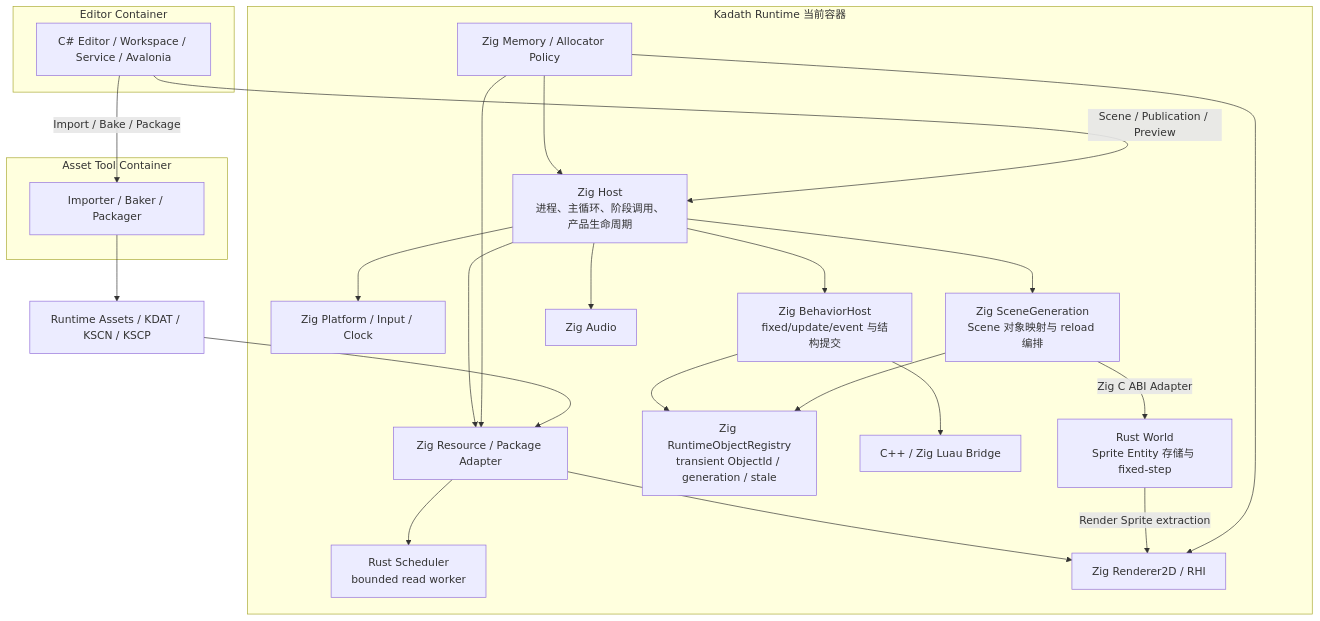
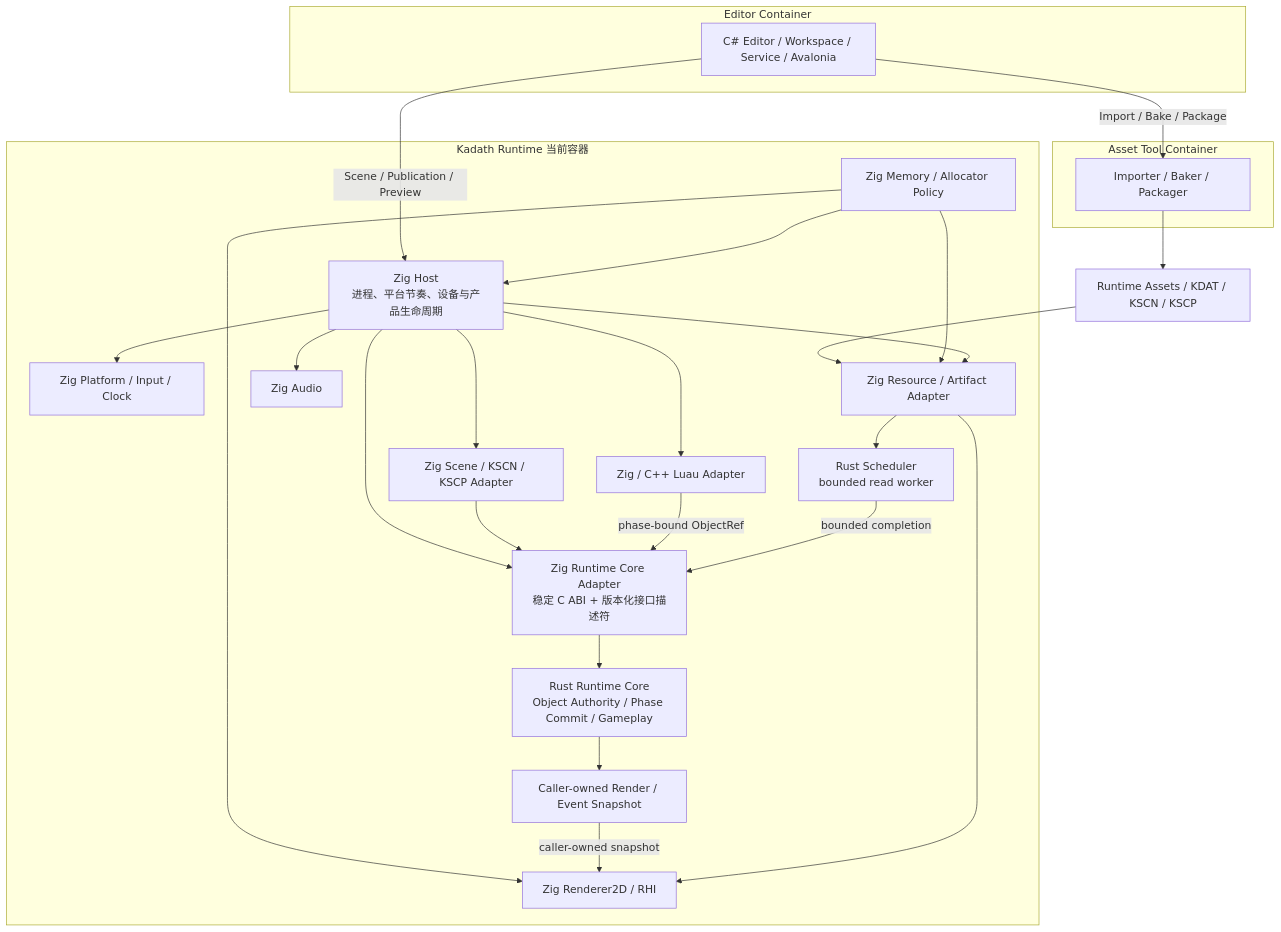
One commit to alloyzer0/Kadath changed the first of 2 diagrams in docs/architecture/c4-runtime-container-and-components.md. Above: the diagram before and after it, drawn with Mermaid. The commit also changed other lines of this file and 2 other files, not shown here.

Commit message:
docs: 收口 Rust Runtime Core 迁移

````diff
--- a/docs/architecture/c4-runtime-container-and-components.md
+++ b/docs/architecture/c4-runtime-container-and-components.md
@@ -34,47 +34,49 @@
 ```mermaid
 graph TD
     subgraph Editor["Editor Container"]
         CSharpEditor["C# Editor / Workspace / Service / Avalonia"]
     end
 
     subgraph AssetTool["Asset Tool Container"]
         ImportBake["Importer / Baker / Packager"]
     end
 
     subgraph Runtime["Kadath Runtime 当前容器"]
-        ZigHost["Zig Host<br/>进程、主循环、阶段调用、产品生命周期"]
+        ZigHost["Zig Host<br/>进程、平台节奏、设备与产品生命周期"]
         ZigPlatform["Zig Platform / Input / Clock"]
         ZigMemory["Zig Memory / Allocator Policy"]
-        ZigResource["Zig Resource / Package Adapter"]
-        ZigScene["Zig SceneGeneration<br/>Scene 对象映射与 reload 编排"]
-        ZigBehavior["Zig BehaviorHost<br/>fixed/update/event 与结构提交"]
-        ZigRegistry["Zig RuntimeObjectRegistry<br/>transient ObjectId / generation / stale"]
-        LuauBridge["C++ / Zig Luau Bridge"]
-        RustWorld["Rust World<br/>Sprite Entity 存储与 fixed-step"]
+        ZigResource["Zig Resource / Artifact Adapter"]
+        ZigScene["Zig Scene / KSCN / KSCP Adapter"]
+        ZigLuauAdapter["Zig / C++ Luau Adapter"]
+        ZigCoreAdapter["Zig Runtime Core Adapter<br/>稳定 C ABI + 版本化接口描述符"]
+        RustCore["Rust Runtime Core<br/>Object Authority / Phase Commit / Gameplay"]
+        Snapshot["Caller-owned Render / Event Snapshot"]
         RustScheduler["Rust Scheduler<br/>bounded read worker"]
         ZigRenderer["Zig Renderer2D / RHI"]
         ZigAudio["Zig Audio"]
     end
 
     RuntimeAssets["Runtime Assets / KDAT / KSCN / KSCP"]
 
     CSharpEditor -->|"Scene / Publication / Preview"| ZigHost
     CSharpEditor -->|"Import / Bake / Package"| ImportBake
     ImportBake --> RuntimeAssets
     RuntimeAssets --> ZigResource
     ZigHost --> ZigPlatform
     ZigMemory --> ZigHost
     ZigMemory --> ZigResource
     ZigMemory --> ZigRenderer
     ZigHost --> ZigResource
     ZigHost --> ZigScene
-    ZigHost --> ZigBehavior
+    ZigHost --> ZigLuauAdapter
+    ZigHost --> ZigCoreAdapter
     ZigHost --> ZigAudio
-    ZigScene --> ZigRegistry
-    ZigBehavior --> ZigRegistry
-    ZigBehavior --> LuauBridge
-    ZigScene -->|"Zig C ABI Adapter"| RustWorld
+    ZigScene --> ZigCoreAdapter
+    ZigLuauAdapter -->|"phase-bound ObjectRef"| ZigCoreAdapter
+    ZigCoreAdapter --> RustCore
+    RustCore --> Snapshot
     ZigResource --> RustScheduler
-    RustWorld -->|"Render Sprite extraction"| ZigRenderer
+    RustScheduler -->|"bounded completion"| ZigCoreAdapter
+    Snapshot -->|"caller-owned snapshot"| ZigRenderer
     ZigResource --> ZigRenderer
 ```
````
